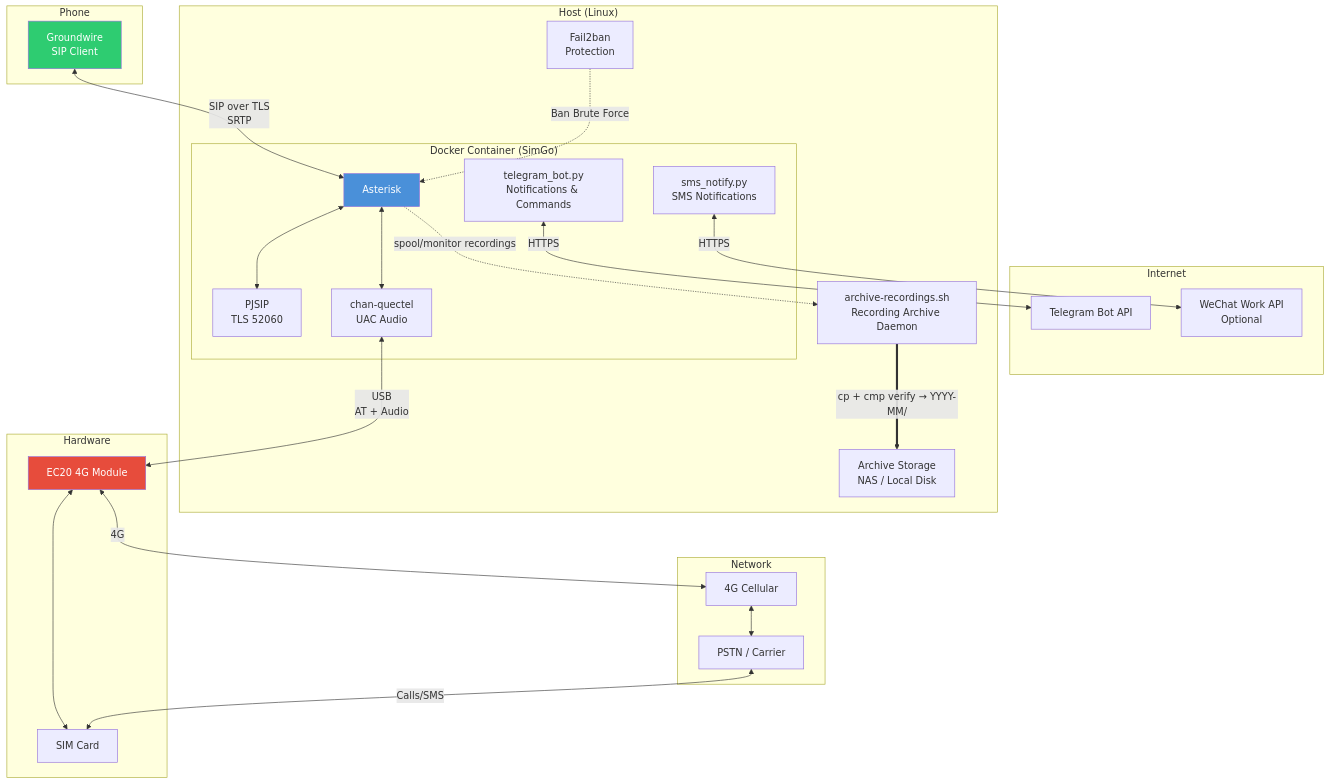
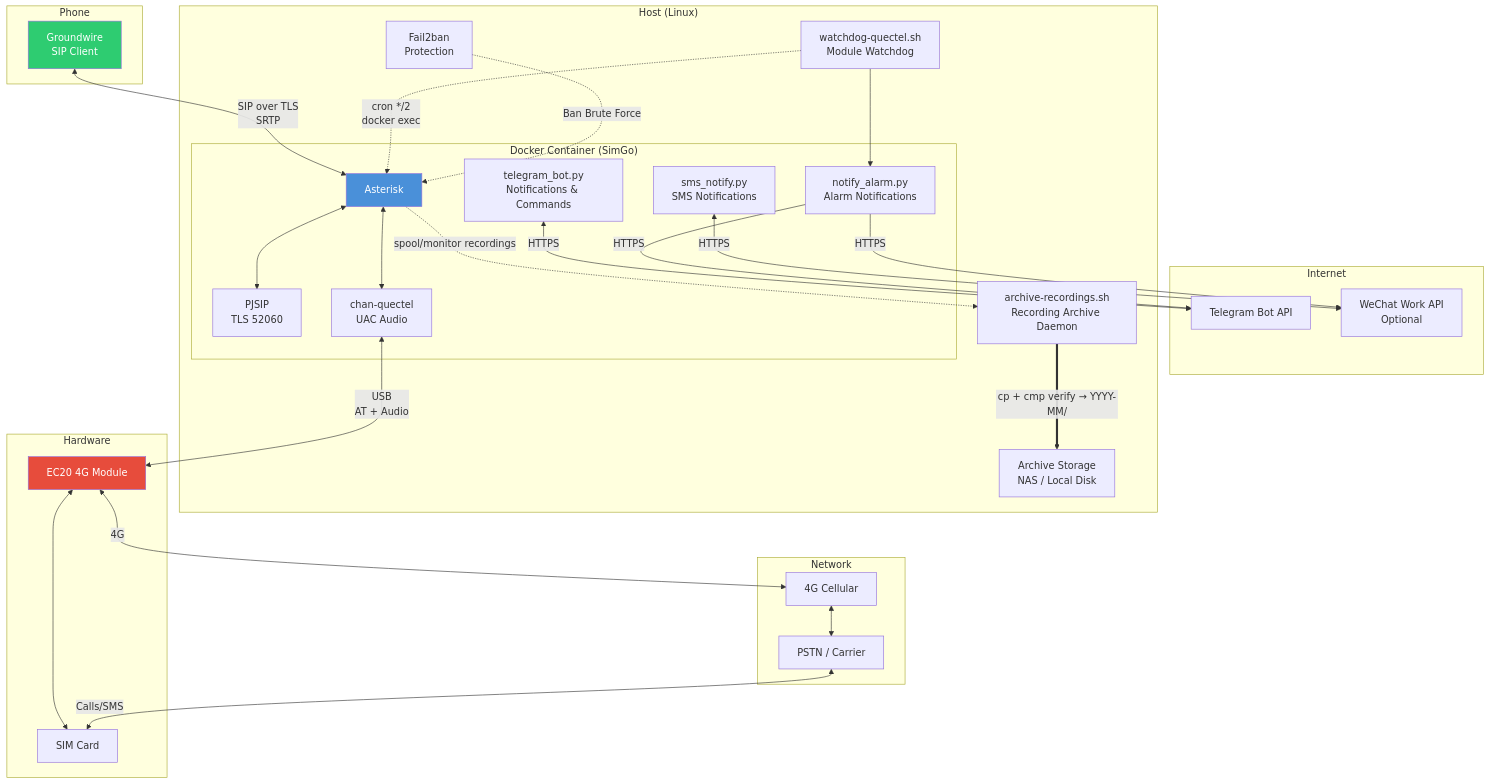
Before and after one commit to myleo1/SimGo: the diagram in README.en.md, drawn with Mermaid. The commit also changed other lines of this file and 9 other files, not shown here.

Commit message:
feat: host-side quectel module watchdog (debounced, self-healing, dual-channel notify)

````diff
--- a/README.en.md
+++ b/README.en.md
@@ -54,52 +55,58 @@
 ```mermaid
 graph TB
     subgraph "Phone"
         GW[Groundwire<br/>SIP Client]
     end
 
     subgraph "Internet"
         TG[Telegram Bot API]
         WX[WeChat Work API<br/>Optional]
     end
 
     subgraph "Host (Linux)"
         subgraph "Docker Container (SimGo)"
             AS[Asterisk]
             PS[PJSIP<br/>TLS 52060]
             QC[chan-quectel<br/>UAC Audio]
             BOT[telegram_bot.py<br/>Notifications & Commands]
             SMS[sms_notify.py<br/>SMS Notifications]
+            NA[notify_alarm.py<br/>Alarm Notifications]
         end
         F2B[Fail2ban<br/>Protection]
         ARC[archive-recordings.sh<br/>Recording Archive Daemon]
+        WD[watchdog-quectel.sh<br/>Module Watchdog]
         NASD[Archive Storage<br/>NAS / Local Disk]
     end
 
     subgraph "Hardware"
         EC20[EC20 4G Module]
         SIM[SIM Card]
     end
 
     subgraph "Network"
         4G[4G Cellular]
         PSTN[PSTN / Carrier]
     end
 
     GW <-->|"SIP over TLS<br/>SRTP"| AS
     AS <--> PS
     AS <--> QC
     BOT <-->|"HTTPS"| TG
     SMS <-->|"HTTPS"| WX
+    WD -.->|"cron */2<br/>docker exec"| AS
+    WD --> NA
+    NA -->|"HTTPS"| TG
+    NA -->|"HTTPS"| WX
     QC <-->|"USB<br/>AT + Audio"| EC20
     EC20 <--> SIM
     EC20 <-->|"4G"| 4G
     4G <--> PSTN
     PSTN <-->|"Calls/SMS"| SIM
     F2B -.->|"Ban Brute Force"| AS
     AS -.->|"spool/monitor recordings"| ARC
     ARC ==>|"cp + cmp verify → YYYY-MM/"| NASD
 
     style AS fill:#4a90d9,color:#fff
     style EC20 fill:#e74c3c,color:#fff
     style GW fill:#2ecc71,color:#fff
 ```
````
